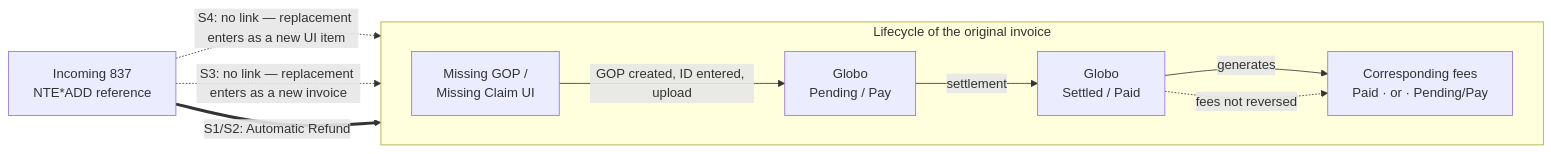
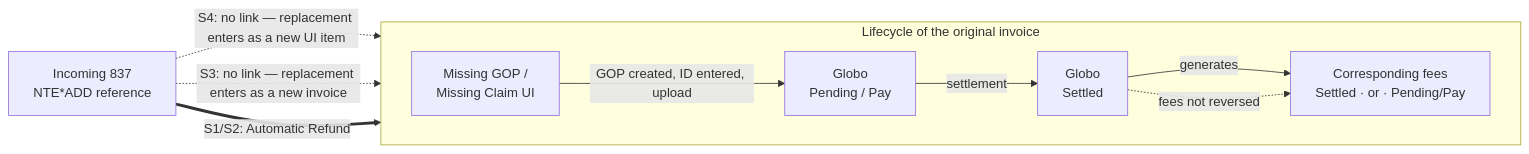
The first of 2 diagrams in docs/void-and-reissue-current-behavior.md (wkn2025/maresias-countdown), drawn with Mermaid before and after one commit. The commit also changed other lines of this file and 1 other file, not shown here.

First line of the commit message:
docs: make the V&R matrix readable in one view; drop "Settled/Paid"

````diff
--- a/docs/void-and-reissue-current-behavior.md
+++ b/docs/void-and-reissue-current-behavior.md
@@ -124,18 +130,18 @@
 ```mermaid
 flowchart LR
     VR["Incoming 837<br/>NTE*ADD reference"]
 
     subgraph LC["Lifecycle of the original invoice"]
       direction LR
       UI["Missing GOP /<br/>Missing Claim UI"] -->|GOP created, ID entered, upload| G["Globo<br/>Pending / Pay"]
-      G -->|settlement| P["Globo<br/>Settled / Paid"]
-      P -->|generates| F["Corresponding fees<br/>Paid · or · Pending/Pay"]
+      G -->|settlement| P["Globo<br/>Settled"]
+      P -->|generates| F["Corresponding fees<br/>Settled · or · Pending/Pay"]
     end
 
     VR -.->|S4: no link — replacement enters as a new UI item| UI
     VR -.->|S3: no link — replacement enters as a new invoice| G
     VR ==>|S1/S2: Automatic Refund| P
     P -.->|fees not reversed| F
 
     classDef gap stroke-dasharray: 4 3;
 ```
````
